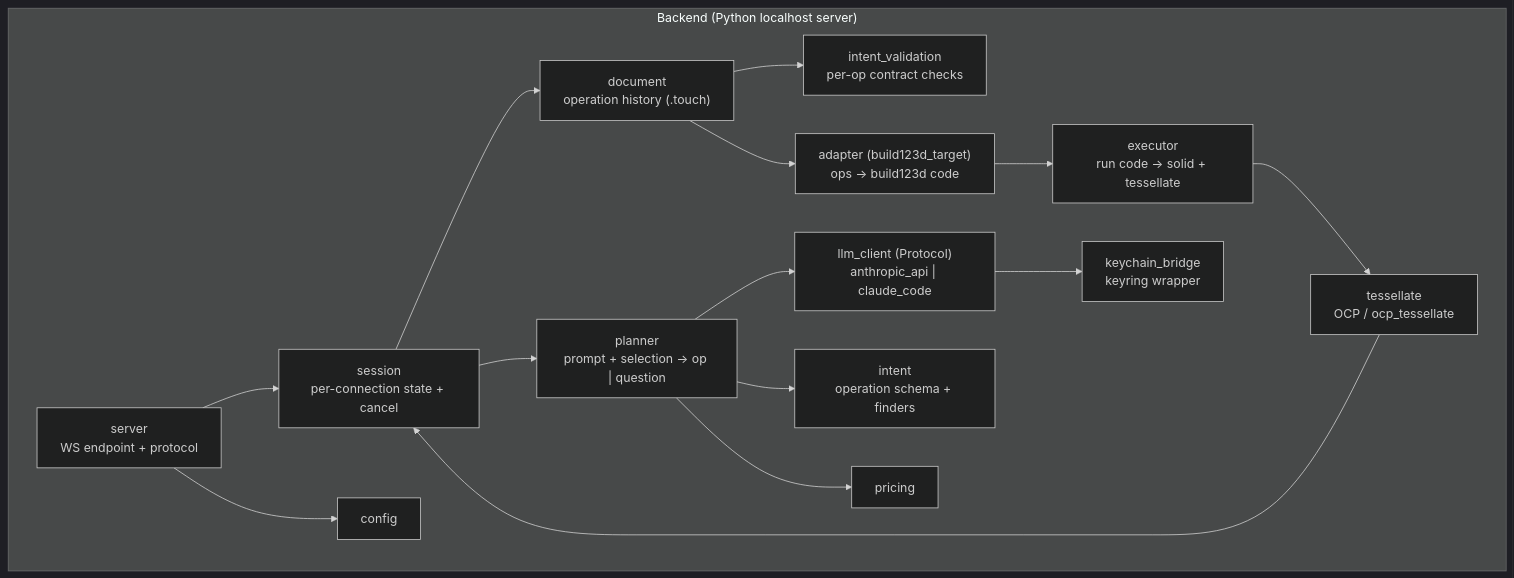
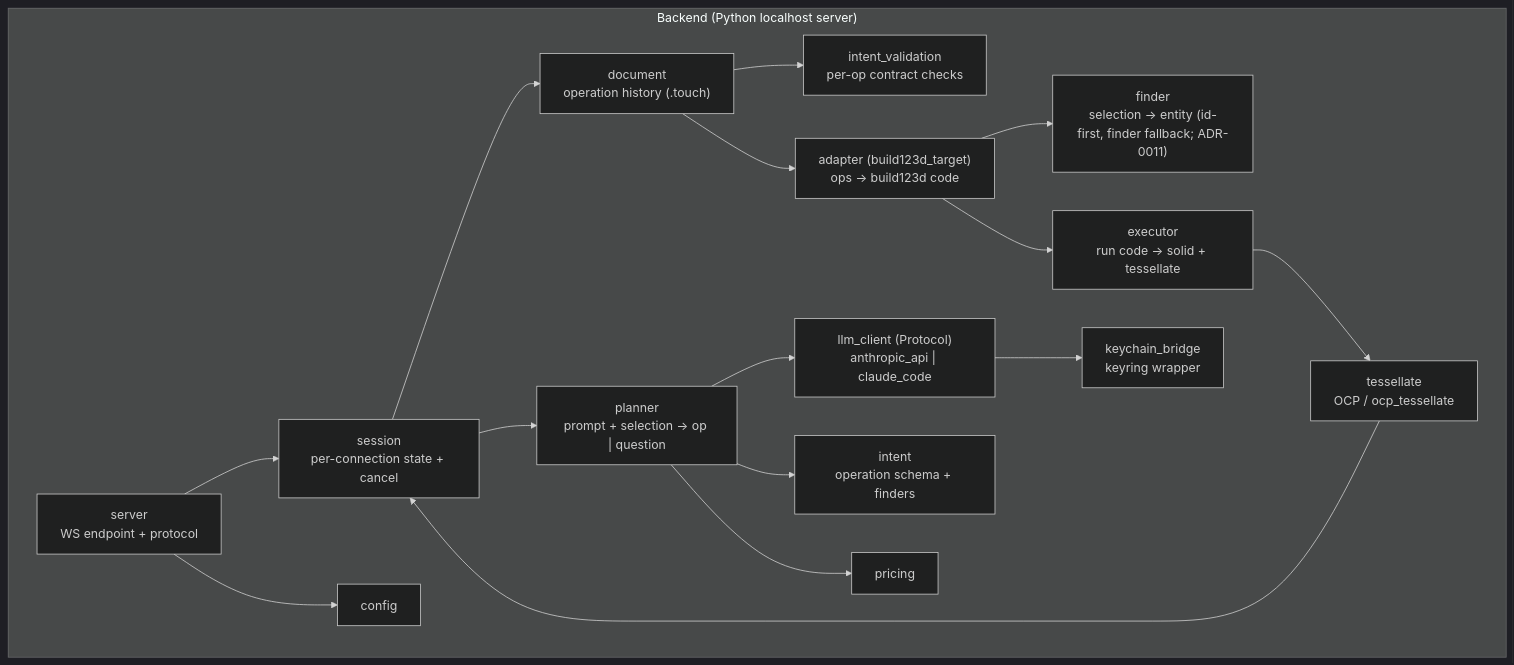
One commit to vandpaolo/touch changed the fourth of 4 diagrams in docs/02-architecture.md. Above: the diagram before and after it, drawn with Mermaid (dark theme). The commit also changed other lines of this file and 9 other files, not shown here.

First line of the commit message:
docs: re-scope T5 + split out T5b (selection-resolution model, ADR-0011)

````diff
--- a/docs/02-architecture.md
+++ b/docs/02-architecture.md
@@ -123,32 +123,34 @@
 ```mermaid
 flowchart TB
     subgraph BE["Backend (Python localhost server)"]
         Server["server<br/>WS endpoint + protocol"]
         Session["session<br/>per-connection state + cancel"]
         Document["document<br/>operation history (.touch)"]
         Planner["planner<br/>prompt + selection → op | question"]
         LLM["llm_client (Protocol)<br/>anthropic_api | claude_code"]
         Intent["intent<br/>operation schema + finders"]
         Validation["intent_validation<br/>per-op contract checks"]
+        Finder["finder<br/>selection → entity (id-first, finder fallback; ADR-0011)"]
         Adapter["adapter (build123d_target)<br/>ops → build123d code"]
         Executor["executor<br/>run code → solid + tessellate"]
         Tess["tessellate<br/>OCP / ocp_tessellate"]
         Pricing["pricing"]
         Config["config"]
         Keychain["keychain_bridge<br/>keyring wrapper"]
     end
 
     Server --> Session
     Session --> Document
     Session --> Planner
     Planner --> LLM
     LLM --> Keychain
     Planner --> Intent
     Document --> Validation
     Document --> Adapter
+    Adapter --> Finder
     Adapter --> Executor
     Executor --> Tess
     Tess --> Session
     Planner --> Pricing
     Server --> Config
 ```
````
